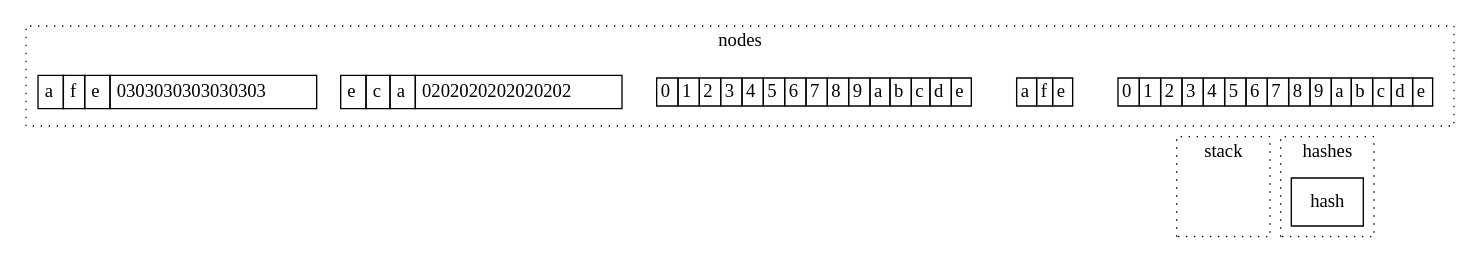
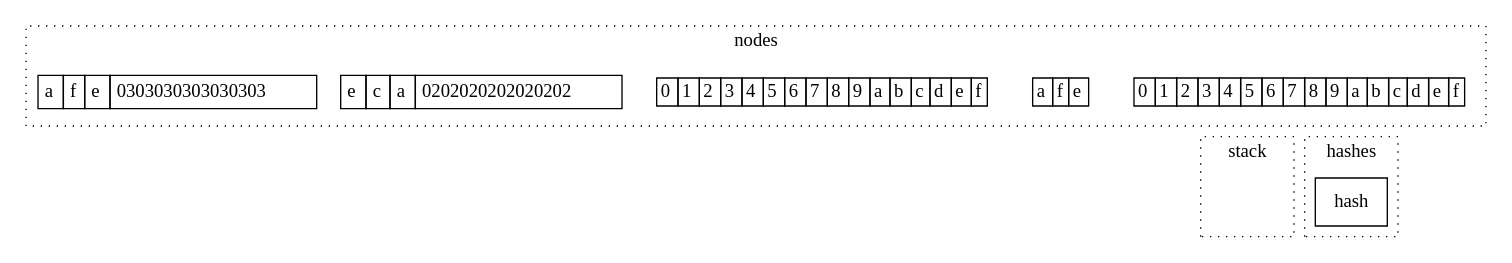
One commit to gballet/presentations changed the diagram in devcon/devconv/eth2_ee/step1.dot. Above: the diagram before and after it, drawn with Graphviz. The commit also changed 10 other files, not shown here.

```diff
--- a/devcon/devconv/eth2_ee/step1.dot
+++ b/devcon/devconv/eth2_ee/step1.dot
@@ -1,28 +1,28 @@
 digraph D {
 	node [shape=box];
 
 	subgraph clusterstack {
 		style=dotted;
 		label="stack";
 		holdmybeer [label="",shape=none];
 	}
 
 	subgraph clusterproof {
 		style=dotted;
 		label="nodes";
-	branch [shape=none,label=<<table border="0" cellborder="1" cellspacing="0"><tr><td port="0">0</td><td port="1">1</td><td port="2">2</td><td port="3">3</td><td port="4">4</td><td port="5">5</td><td port="6">6</td><td port="7">7</td><td port="8">8</td><td port="9">9</td><td port="10">a</td><td port="11">b</td><td port="12">c</td><td port="13">d</td><td port="14">e</td></tr></table>>]
+	branch [shape=none,label=<<table border="0" cellborder="1" cellspacing="0"><tr><td port="0">0</td><td port="1">1</td><td port="2">2</td><td port="3">3</td><td port="4">4</td><td port="5">5</td><td port="6">6</td><td port="7">7</td><td port="8">8</td><td port="9">9</td><td port="10">a</td><td port="11">b</td><td port="12">c</td><td port="13">d</td><td port="14">e</td><td port="15">f</td></tr></table>>]
 	extension0c [shape=none,label=<<table border="0" cellspacing="0" cellborder="1"><tr><td port="0">a</td><td port="1">f</td><td port="2">e</td></tr></table>>]
-	branch0d0e0a0d0b0e0e [shape=none,label=<<table border="0" cellborder="1" cellspacing="0"><tr><td port="0">0</td><td port="1">1</td><td port="2">2</td><td port="3">3</td><td port="4">4</td><td port="5">5</td><td port="6">6</td><td port="7">7</td><td port="8">8</td><td port="9">9</td><td port="10">a</td><td port="11">b</td><td port="12">c</td><td port="13">d</td><td port="14">e</td></tr></table>>]
+	branch0d0e0a0d0b0e0e [shape=none,label=<<table border="0" cellborder="1" cellspacing="0"><tr><td port="0">0</td><td port="1">1</td><td port="2">2</td><td port="3">3</td><td port="4">4</td><td port="5">5</td><td port="6">6</td><td port="7">7</td><td port="8">8</td><td port="9">9</td><td port="10">a</td><td port="11">b</td><td port="12">c</td><td port="13">d</td><td port="14">e</td><td port="15">f</td></tr></table>>]
 	leaf0c0a0f0e0d [shape=none,margin=0,label=<<table border="0" cellborder="1" cellspacing="0" cellpadding="4"><tr><td port="0">e</td><td port="1">c</td><td port="2">a</td><td>0202020202020202</td></tr></table>>]
 	leaf0c0a0f0e0c [shape=none,margin=0,label=<<table border="0" cellborder="1" cellspacing="0" cellpadding="4"><tr><td port="0">a</td><td port="1">f</td><td port="2">e</td><td>0303030303030303</td></tr></table>>]
 	}
 
 	subgraph clusterhashes {
 		style=dotted;
 		label="hashes";
 		hash
 	}
 
 	branch -> hash [style=invis];
 	branch -> holdmybeer [style=invis];
 }
```
